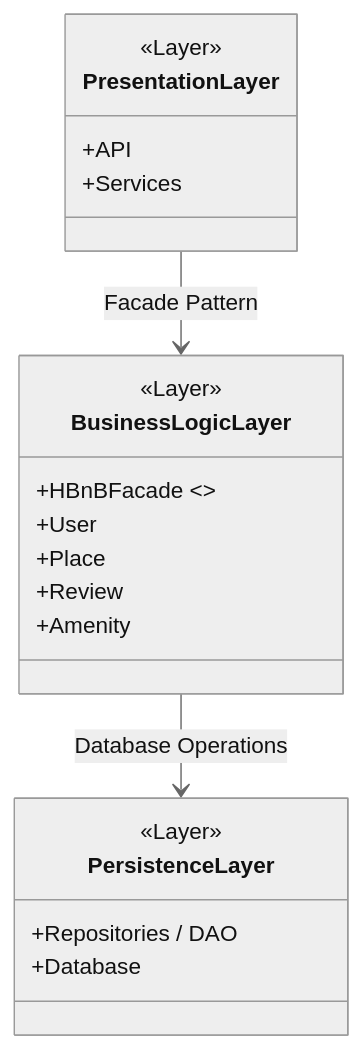
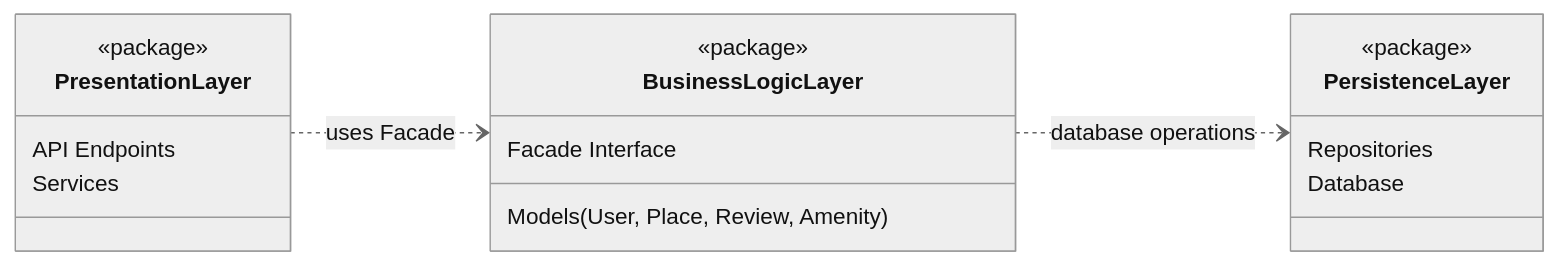
The diagram in part1/README.md (Nouf2027/holbertonschool-hbnb), drawn with Mermaid (neutral theme) before and after one commit. The commit also changed other lines of this file, not shown here.

Commit message:
Add Task 0 high-level package diagram documentation

````diff
--- a/part1/README.md
+++ b/part1/README.md
@@ -5,27 +5,25 @@
 ```mermaid
 classDiagram
+direction LR
 
 class PresentationLayer {
-  <<Layer>>
-  +API
-  +Services
+  <<package>>
+  API Endpoints
+  Services
 }
 
 class BusinessLogicLayer {
-  <<Layer>>
-  +HBnBFacade <<Facade>>
-  +User
-  +Place
-  +Review
-  +Amenity
+  <<package>>
+  Facade Interface
+  Models (User, Place, Review, Amenity)
 }
 
 class PersistenceLayer {
-  <<Layer>>
-  +Repositories / DAO
-  +Database
+  <<package>>
+  Repositories
+  Database
 }
 
-PresentationLayer --> BusinessLogicLayer : Facade Pattern
-BusinessLogicLayer --> PersistenceLayer : Database Operations
+PresentationLayer ..> BusinessLogicLayer : uses Facade
+BusinessLogicLayer ..> PersistenceLayer : database operations
 ```
````
